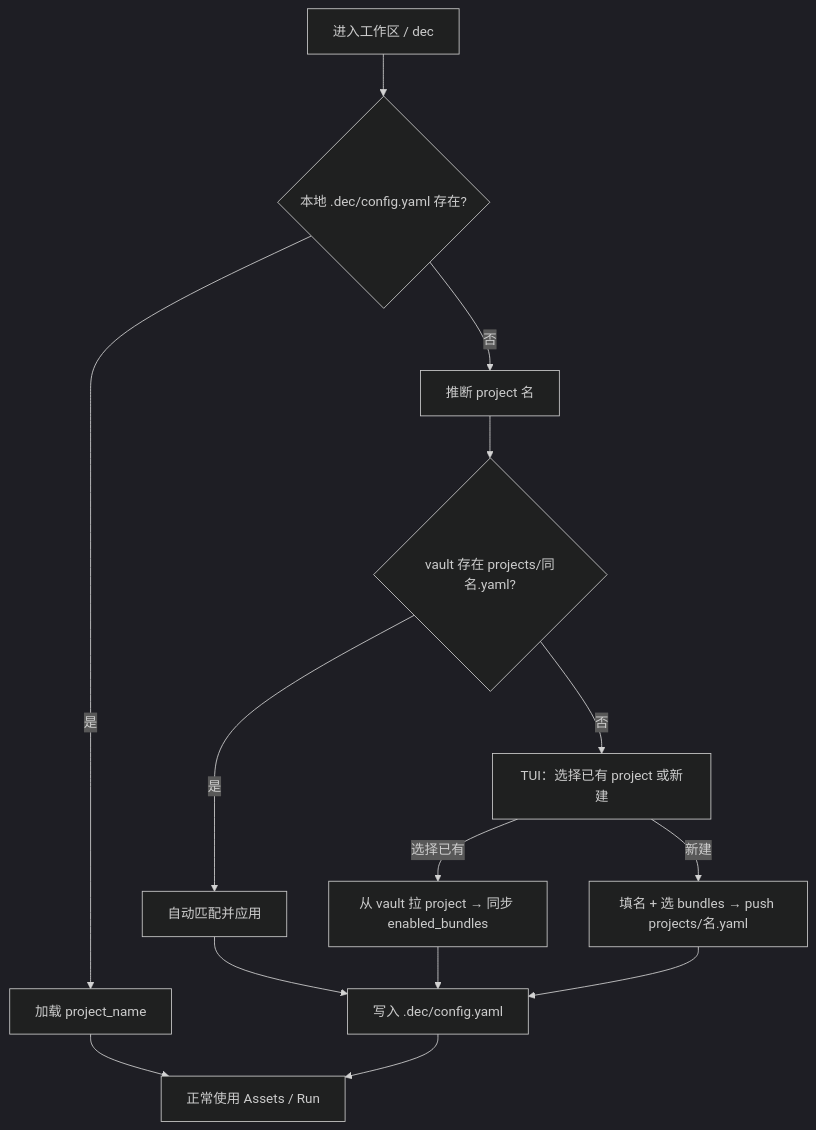
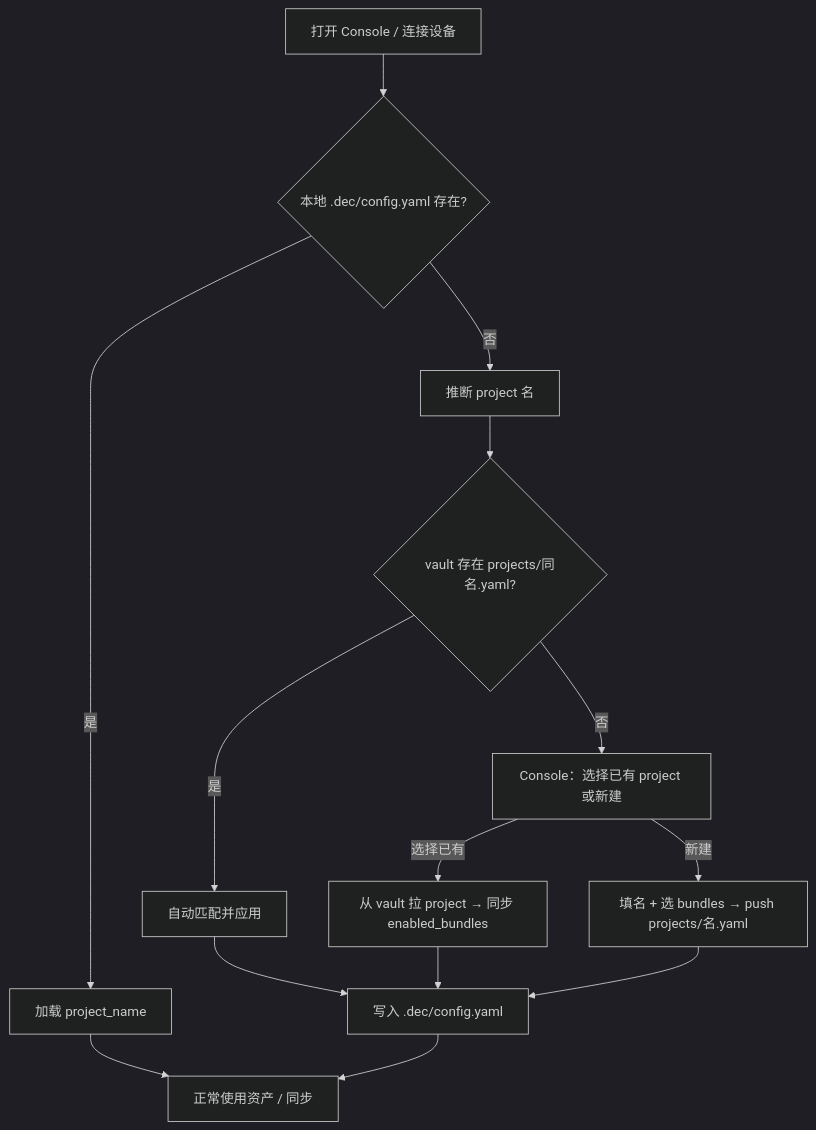
One commit to shichao402/Dec changed the diagram in Documents/ARCHITECTURE.md. Above: the diagram before and after it, drawn with Mermaid (dark theme). The commit also changed other lines of this file and 92 other files, not shown here.

First line of the commit message:
feat: 卸下 TUI，由 Console 独占连接与运行时

````diff
--- a/Documents/ARCHITECTURE.md
+++ b/Documents/ARCHITECTURE.md
@@ -175,16 +175,16 @@
 ```mermaid
 flowchart TD
-  A[进入工作区 / dec] --> B{本地 .dec/config.yaml 存在?}
+  A[打开 Console / 连接设备] --> B{本地 .dec/config.yaml 存在?}
   B -->|否| C[推断 project 名]
   C --> D{vault 存在 projects/同名.yaml?}
   D -->|是| E[自动匹配并应用]
-  D -->|否| F[TUI：选择已有 project 或新建]
+  D -->|否| F[Console：选择已有 project 或新建]
   B -->|是| G[加载 project_name]
   E --> H[写入 .dec/config.yaml]
   F -->|选择已有| I[从 vault 拉 project → 同步 enabled_bundles]
   F -->|新建| J[填名 + 选 bundles → push projects/名.yaml]
   I --> H
   J --> H
-  G --> K[正常使用 Assets / Run]
+  G --> K[正常使用资产 / 同步]
   H --> K
 ```
````
